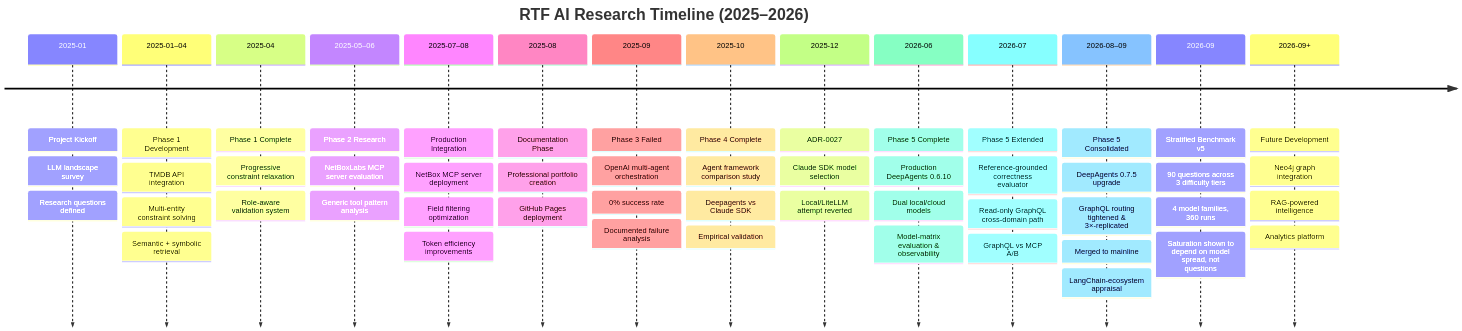
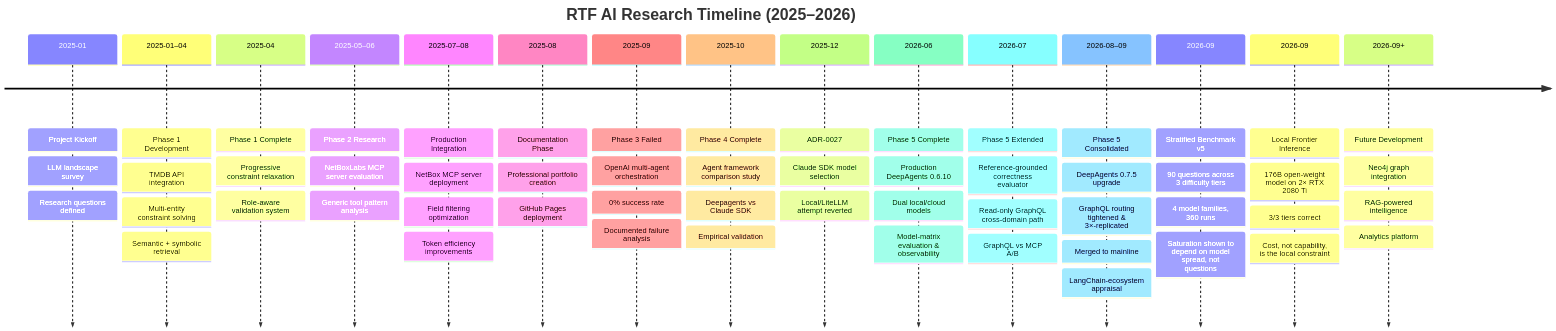
The first of 2 diagrams in docs/index.md (FinnMacCumail/rtf-research), drawn with Mermaid before and after one commit. The commit also changed other lines of this file and 7 other files, not shown here.

````diff
--- a/docs/index.md
+++ b/docs/index.md
@@ -35,18 +36,19 @@
 ```mermaid
 timeline
     title RTF AI Research Timeline (2025–2026)
     2025-01 : Project Kickoff : LLM landscape survey : Research questions defined
     2025-01–04 : Phase 1 Development : TMDB API integration : Multi-entity constraint solving : Semantic + symbolic retrieval
     2025-04 : Phase 1 Complete : Progressive constraint relaxation : Role-aware validation system
     2025-05–06 : Phase 2 Research : NetBoxLabs MCP server evaluation : Generic tool pattern analysis
     2025-07–08 : Production Integration : NetBox MCP server deployment : Field filtering optimization : Token efficiency improvements
     2025-08 : Documentation Phase : Professional portfolio creation : GitHub Pages deployment
     2025-09 : Phase 3 Failed : OpenAI multi-agent orchestration : 0% success rate : Documented failure analysis
     2025-10 : Phase 4 Complete : Agent framework comparison study : Deepagents vs Claude SDK : Empirical validation
     2025-12 : ADR-0027 : Claude SDK model selection : Local/LiteLLM attempt reverted
     2026-06 : Phase 5 Complete : Production DeepAgents 0.6.10 : Dual local/cloud models : Model-matrix evaluation & observability
     2026-07 : Phase 5 Extended : Reference-grounded correctness evaluator : Read-only GraphQL cross-domain path : GraphQL vs MCP A/B
     2026-08–09 : Phase 5 Consolidated : DeepAgents 0.7.5 upgrade : GraphQL routing tightened & 3×-replicated : Merged to mainline : LangChain-ecosystem appraisal
     2026-09 : Stratified Benchmark v5 : 90 questions across 3 difficulty tiers : 4 model families, 360 runs : Saturation shown to depend on model spread, not questions
+    2026-09 : Local Frontier Inference : 176B open-weight model on 2× RTX 2080 Ti : 3/3 tiers correct : Cost, not capability, is the local constraint
     2026-09+ : Future Development : Neo4j graph integration : RAG-powered intelligence : Analytics platform
 ```
````
